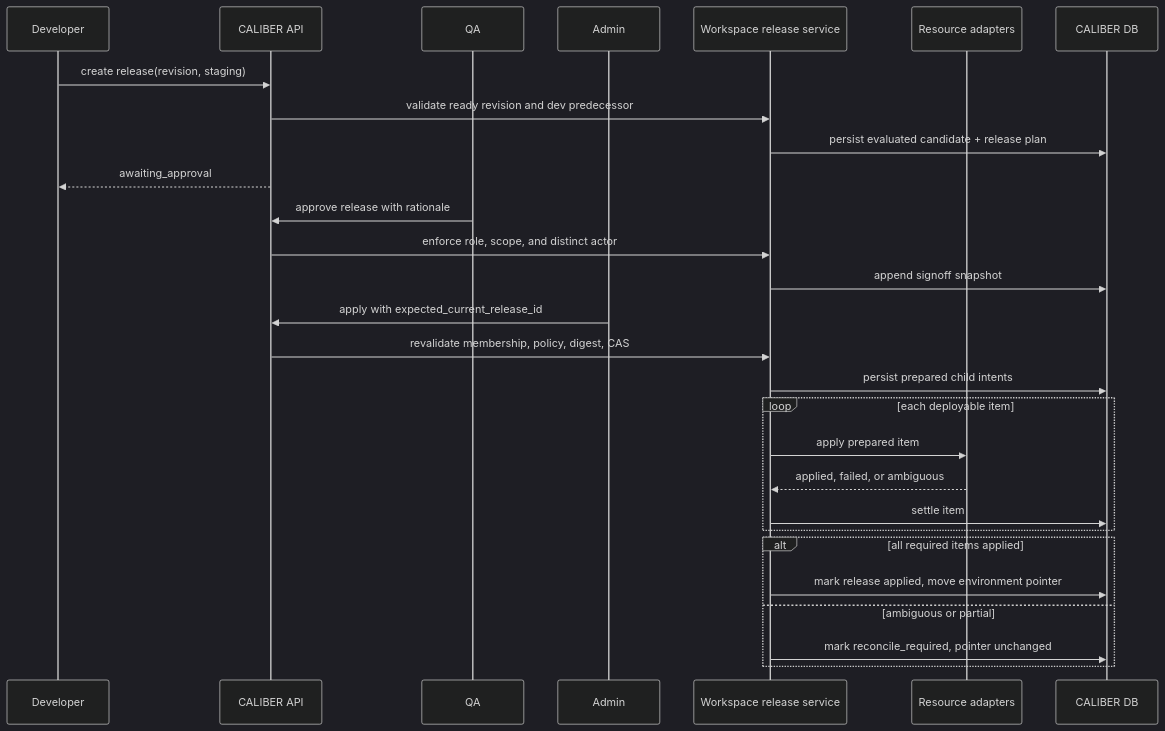
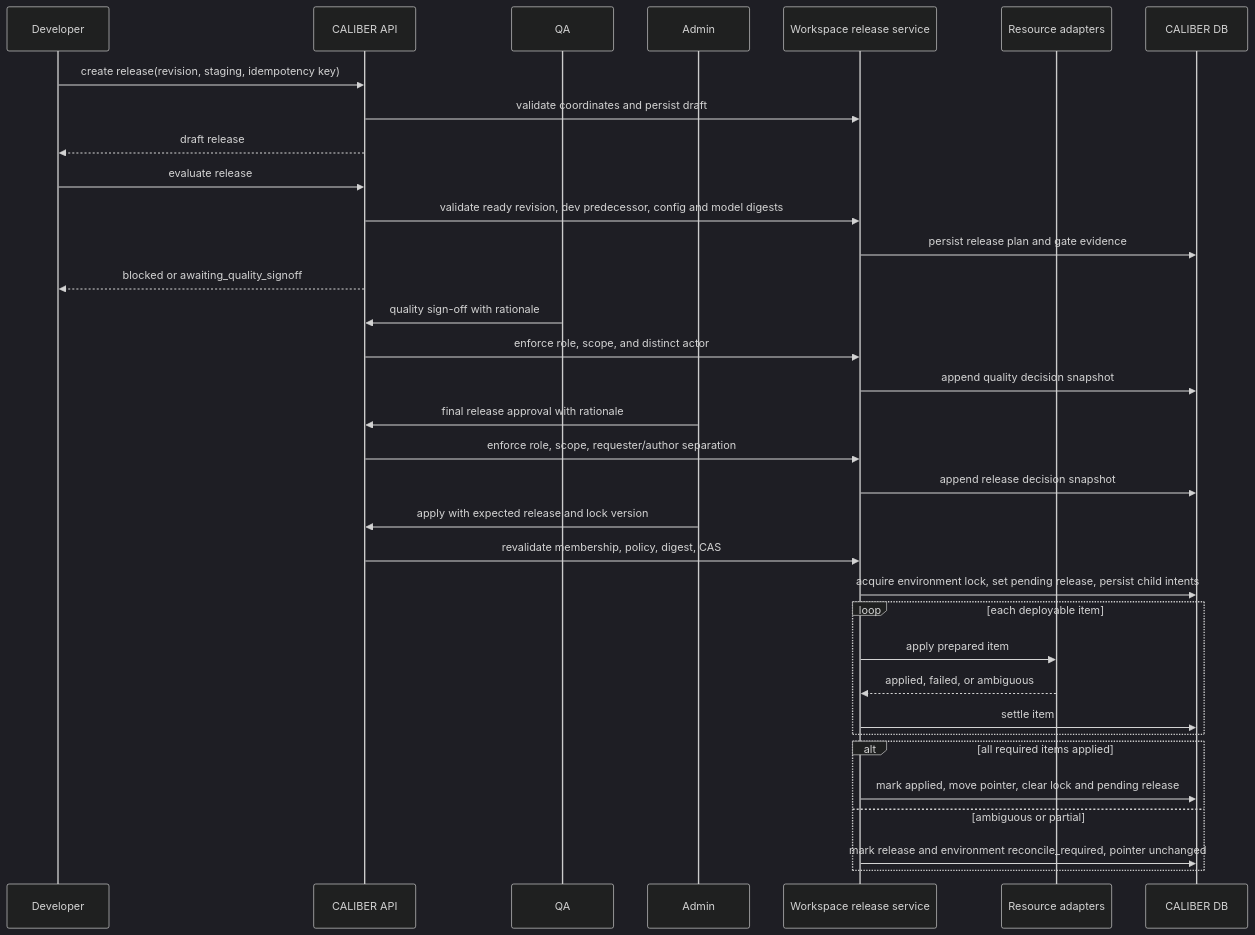
The eighth of 11 diagrams in docs/workspace-plan.md (rrahimi-uci/caliber-suite), drawn with Mermaid (dark theme) before and after one commit. The commit also changed other lines of this file, not shown here.

Commit message:
docs: harden workspace architecture and delivery plan (#274)

````diff
--- a/docs/workspace-plan.md
+++ b/docs/workspace-plan.md
@@ -1401,31 +1570,37 @@
 ```mermaid
 sequenceDiagram
     participant E as Developer
     participant API as CALIBER API
     participant R as QA
     participant O as Admin
     participant RS as Workspace release service
     participant A as Resource adapters
     participant DB as CALIBER DB
 
-    E->>API: create release(revision, staging)
-    API->>RS: validate ready revision and dev predecessor
-    RS->>DB: persist evaluated candidate + release plan
-    API-->>E: awaiting_approval
-    R->>API: approve release with rationale
+    E->>API: create release(revision, staging, idempotency key)
+    API->>RS: validate coordinates and persist draft
+    API-->>E: draft release
+    E->>API: evaluate release
+    API->>RS: validate ready revision, dev predecessor, config and model digests
+    RS->>DB: persist release plan and gate evidence
+    API-->>E: blocked or awaiting_quality_signoff
+    R->>API: quality sign-off with rationale
     API->>RS: enforce role, scope, and distinct actor
-    RS->>DB: append signoff snapshot
-    O->>API: apply with expected_current_release_id
+    RS->>DB: append quality decision snapshot
+    O->>API: final release approval with rationale
+    API->>RS: enforce role, scope, requester/author separation
+    RS->>DB: append release decision snapshot
+    O->>API: apply with expected release and lock version
     API->>RS: revalidate membership, policy, digest, CAS
-    RS->>DB: persist prepared child intents
+    RS->>DB: acquire environment lock, set pending release, persist child intents
     loop each deployable item
         RS->>A: apply prepared item
         A-->>RS: applied, failed, or ambiguous
         RS->>DB: settle item
     end
     alt all required items applied
-        RS->>DB: mark release applied, move environment pointer
+        RS->>DB: mark applied, move pointer, clear lock and pending release
     else ambiguous or partial
-        RS->>DB: mark reconcile_required, pointer unchanged
+        RS->>DB: mark release and environment reconcile_required, pointer unchanged
     end
 ```
````
